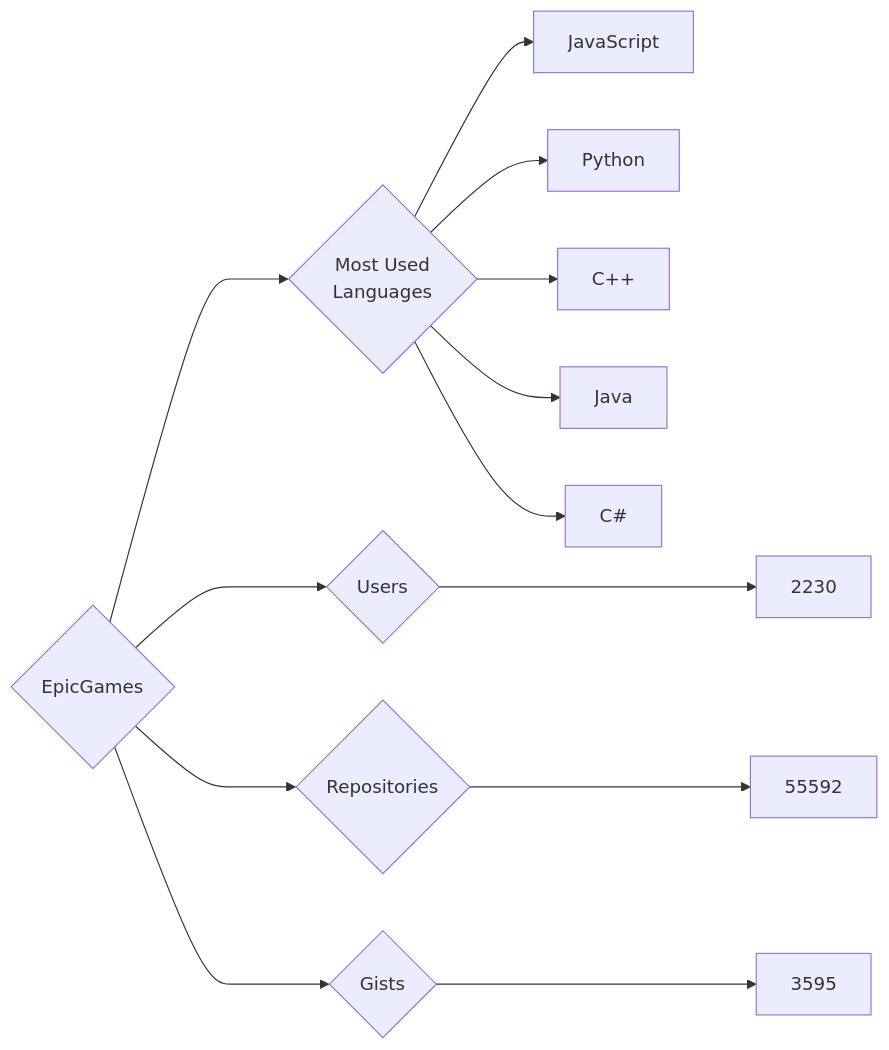
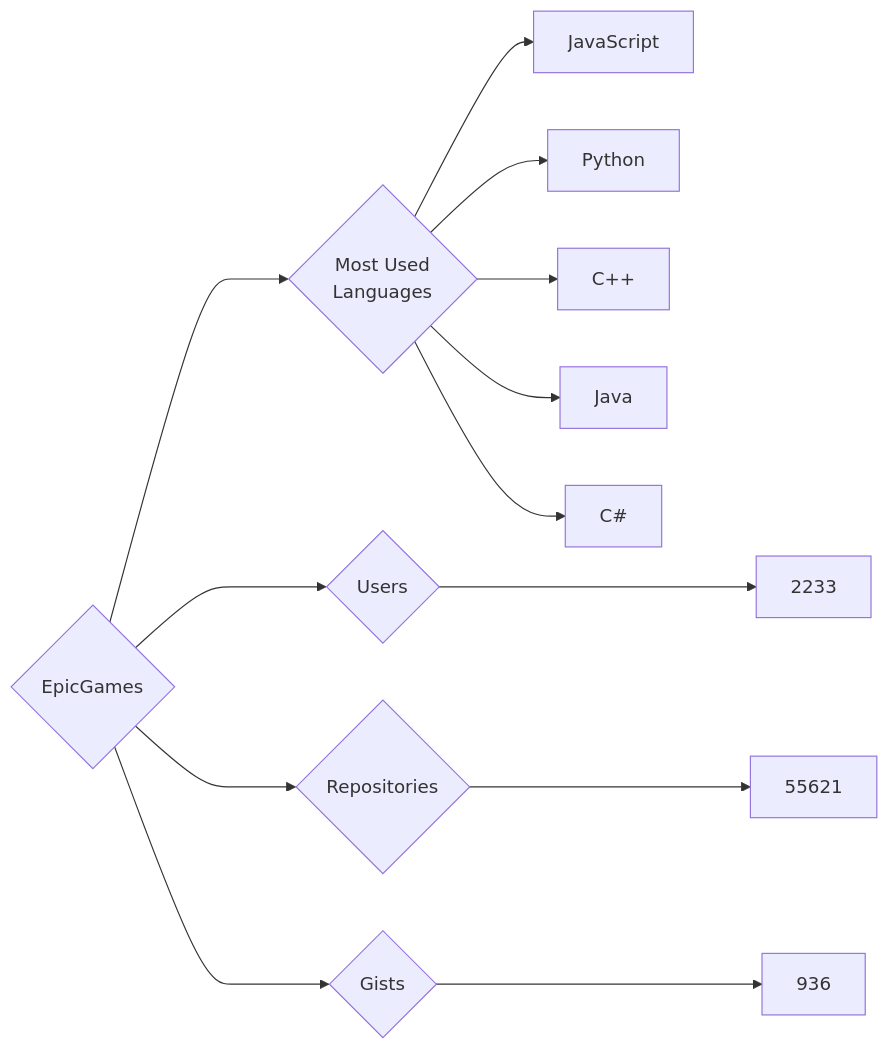
The diagram in targets/EpicGames/README.md (trickest/insiders), drawn with Mermaid before and after one commit. The commit also changed 1011 other files, not shown here.

````diff
--- a/targets/EpicGames/README.md
+++ b/targets/EpicGames/README.md
@@ -3,13 +3,13 @@
 ```mermaid
 graph LR
 COMPANY_NAME{EpicGames}
-COMPANY_NAME ---> U{Users} ---> UN[2230]
-COMPANY_NAME ---> R{Repositories} ---> RN[55592]
-COMPANY_NAME ---> G{Gists} ---> GN[3595]
+COMPANY_NAME ---> U{Users} ---> UN[2233]
+COMPANY_NAME ---> R{Repositories} ---> RN[55621]
+COMPANY_NAME ---> G{Gists} ---> GN[936]
 COMPANY_NAME ---> ML{Most Used<br>Languages}
 ML --> JavaScript[JavaScript]
 ML --> Python[Python]
 ML --> C++[C++]
 ML --> Java[Java]
 ML --> C#[C#]
 ```
````
